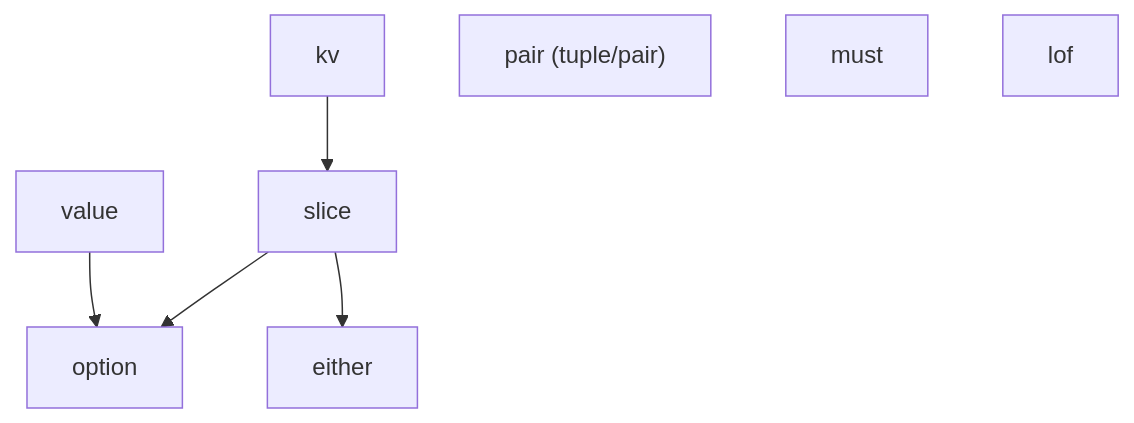
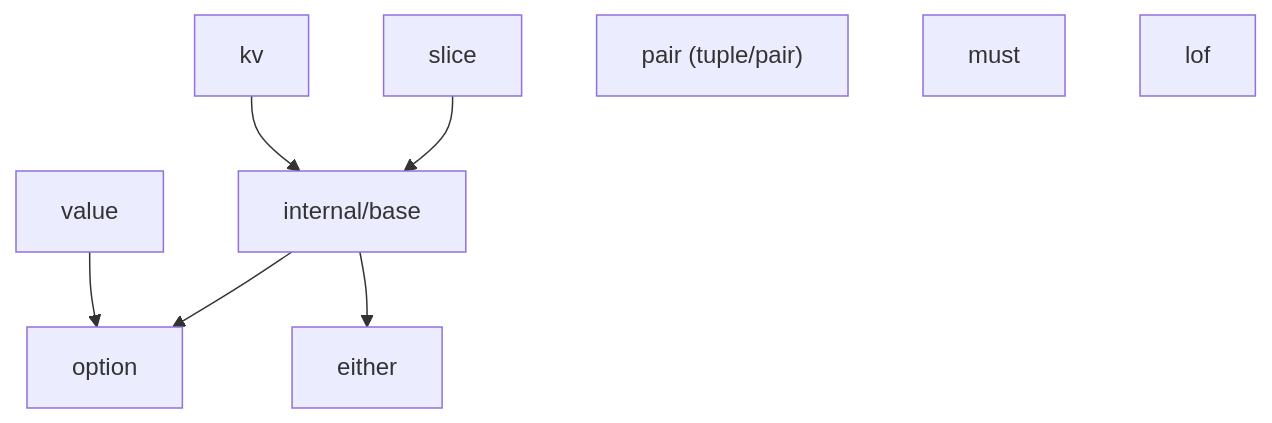
One commit to binaryphile/fluentfp changed the diagram in docs/design.md. Above: the diagram before and after it, drawn with Mermaid. The commit also changed other lines of this file and 25 other files, not shown here.

First line of the commit message:
feat: factor types into internal/base for bidirectional slice/kv

````diff
--- a/docs/design.md
+++ b/docs/design.md
@@ -7,10 +7,11 @@
 ```mermaid
 flowchart TD
-    slice --> option
-    slice --> either
-    kv --> slice
+    base["internal/base"] --> option
+    base --> either
+    slice --> base
+    kv --> base
     value --> option
     pair["pair (tuple/pair)"]
     must
     lof
 ```
````
